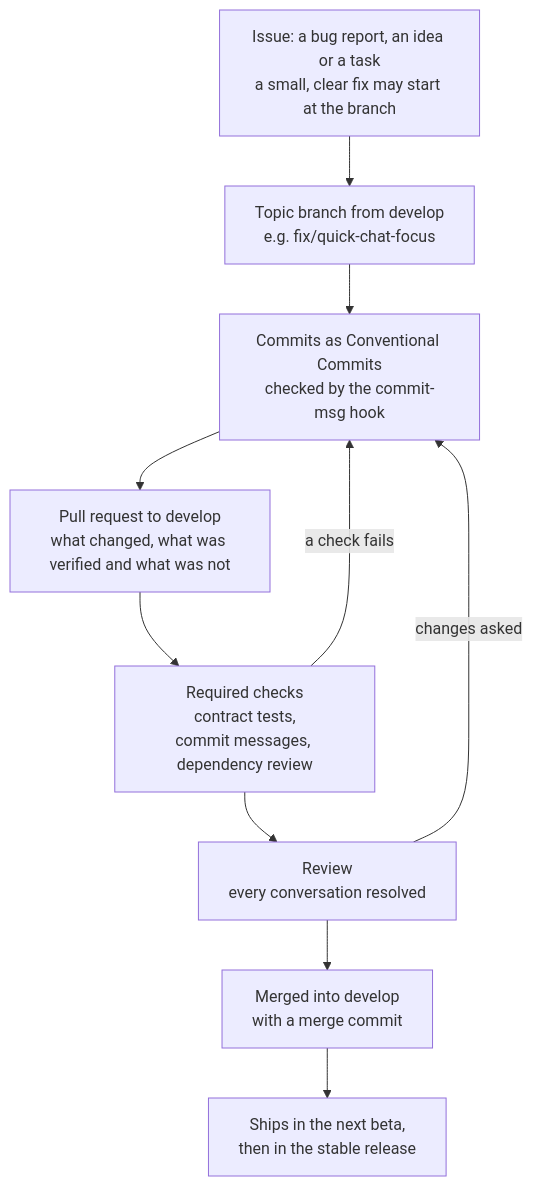
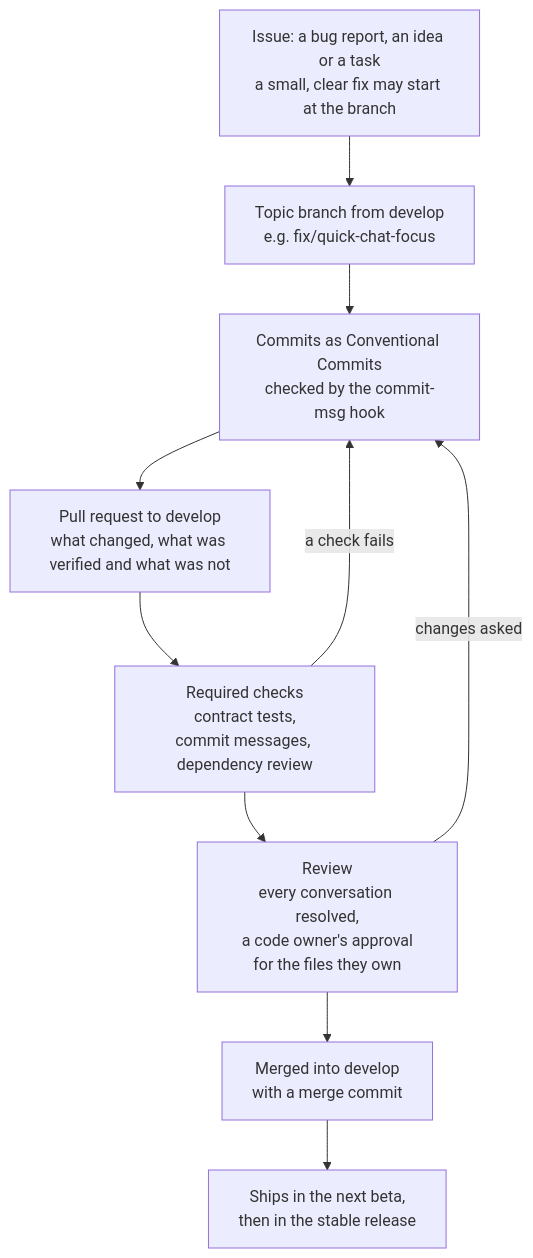
The diagram in CONTRIBUTING.md (kein5/astarot), drawn with Mermaid before and after one commit. The commit also changed other lines of this file and 1 other file, not shown here.

Commit message:
docs(dev): say that code owners decide merges of the files they own
The pull-request skill let a delegated agent decide any merge and said
that chat stands for approval. It now splits by the files a pull request
changes. One that changes a file in .github/CODEOWNERS waits for the
code owner's approval on GitHub, never merges past the ruleset, and
says in its body that it needs that review; the skill shows how to find
those files. The others keep the rules they had. CONTRIBUTING.md says
the same for contributors and in its diagram.

Refs #679

````diff
--- a/CONTRIBUTING.md
+++ b/CONTRIBUTING.md
@@ -22,12 +22,12 @@
 ```mermaid
 flowchart TD
     issue["Issue: a bug report, an idea or a task<br>a small, clear fix may start at the branch"] --> branch["Topic branch from develop<br>e.g. fix/quick-chat-focus"]
     branch --> commit["Commits as Conventional Commits<br>checked by the commit-msg hook"]
     commit --> pr["Pull request to develop<br>what changed, what was verified and what was not"]
     pr --> checks["Required checks<br>contract tests,<br>commit messages, dependency review"]
-    checks --> review["Review<br>every conversation resolved"]
+    checks --> review["Review<br>every conversation resolved,<br>a code owner's approval<br>for the files they own"]
     review --> merge["Merged into develop<br>with a merge commit"]
     merge --> ship["Ships in the next beta,<br>then in the stable release"]
     checks -->|a check fails| commit
     review -->|changes asked| commit
 ```
````
